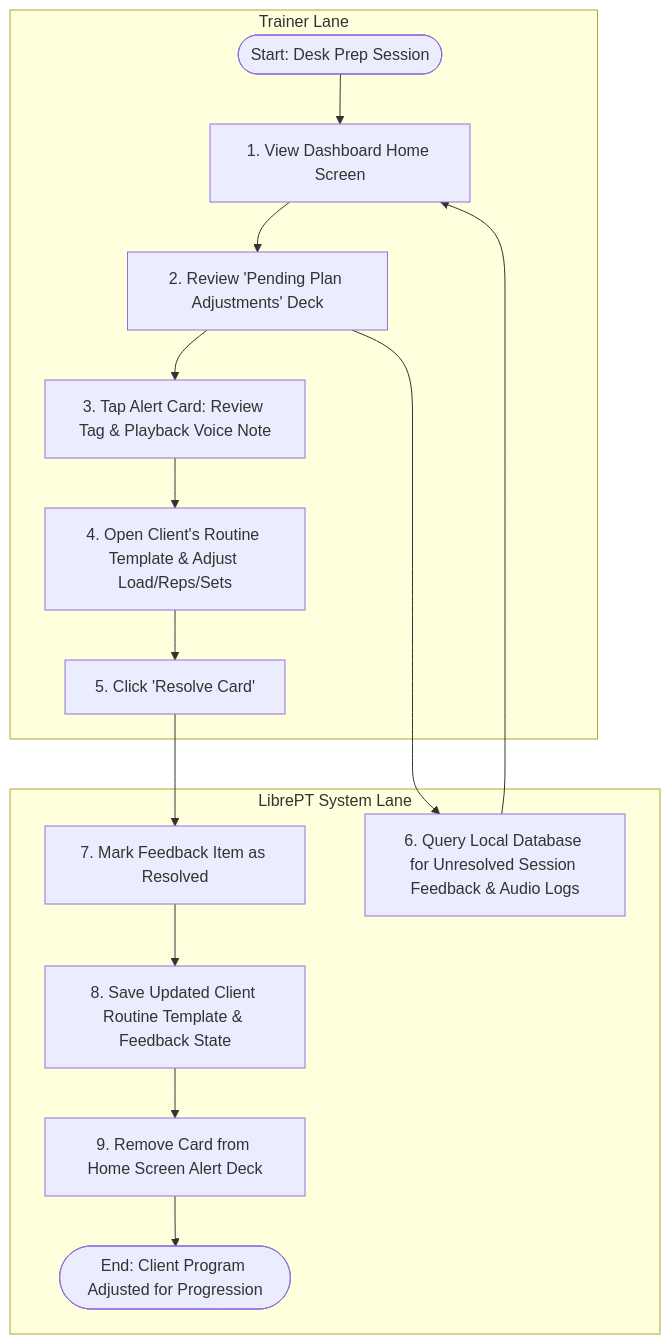
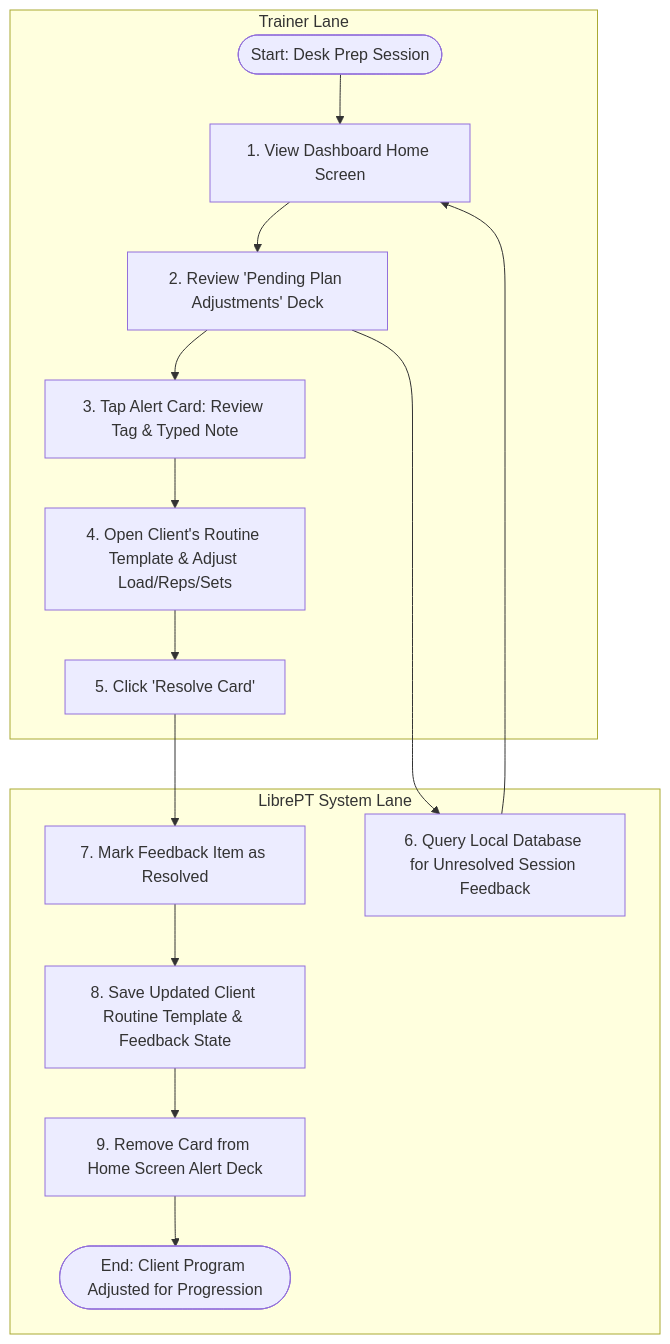
Before and after one commit to stutek/LibrePT: the diagram in use_cases/uc2_async_plan_adjustments.md, drawn with Mermaid. The commit also changed other lines of this file and 22 other files, not shown here.

First line of the commit message:
fix(feedback): remove the voice note; the app never records audio

````diff
--- a/use_cases/uc2_async_plan_adjustments.md
+++ b/use_cases/uc2_async_plan_adjustments.md
@@ -20,20 +20,20 @@
 ```mermaid
 graph TD
     subgraph Trainer["Trainer Lane"]
         Start([Start: Desk Prep Session]) --> OpenDashboard[1. View Dashboard Home Screen]
         OpenDashboard --> ReviewAdjustments["2. Review 'Pending Plan Adjustments' Deck"]
-        ReviewAdjustments --> ListenVoice["3. Tap Alert Card: Review Tag & Playback Voice Note"]
-        ListenVoice --> EditTemplate[4. Open Client's Routine Template & Adjust Load/Reps/Sets]
+        ReviewAdjustments --> ReadNote["3. Tap Alert Card: Review Tag & Typed Note"]
+        ReadNote --> EditTemplate[4. Open Client's Routine Template & Adjust Load/Reps/Sets]
         EditTemplate --> ResolveAlert[5. Click 'Resolve Card']
     end
     
     subgraph System["LibrePT System Lane"]
-        ReviewAdjustments --> QueryDB[6. Query Local Database for Unresolved Session Feedback & Audio Logs]
+        ReviewAdjustments --> QueryDB[6. Query Local Database for Unresolved Session Feedback]
         QueryDB --> OpenDashboard
         
         ResolveAlert --> UpdateAlertState[7. Mark Feedback Item as Resolved]
         UpdateAlertState --> SaveDB[8. Save Updated Client Routine Template & Feedback State]
         SaveDB --> RefreshDashboard[9. Remove Card from Home Screen Alert Deck]
         RefreshDashboard --> End([End: Client Program Adjusted for Progression])
     end
 ```
````
